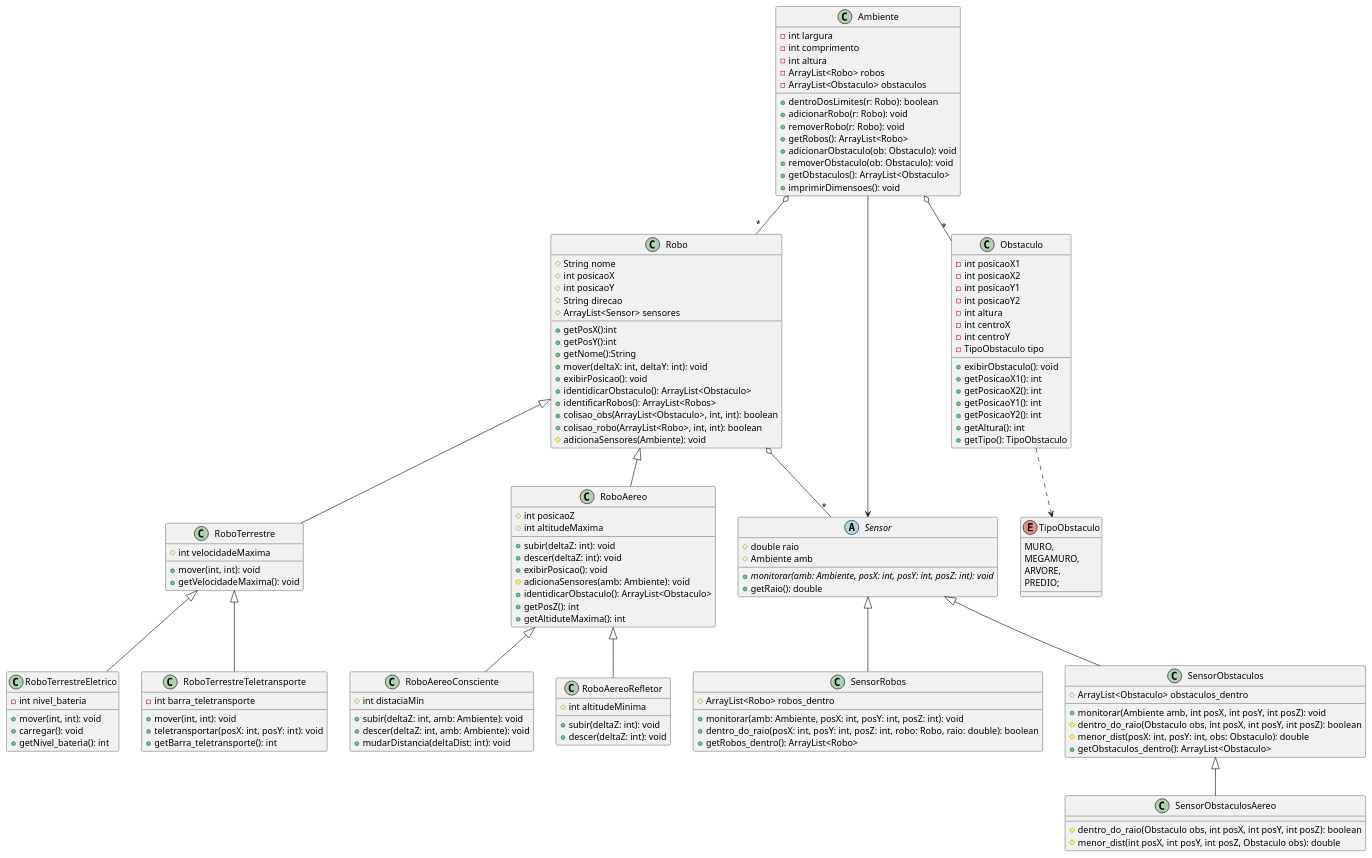
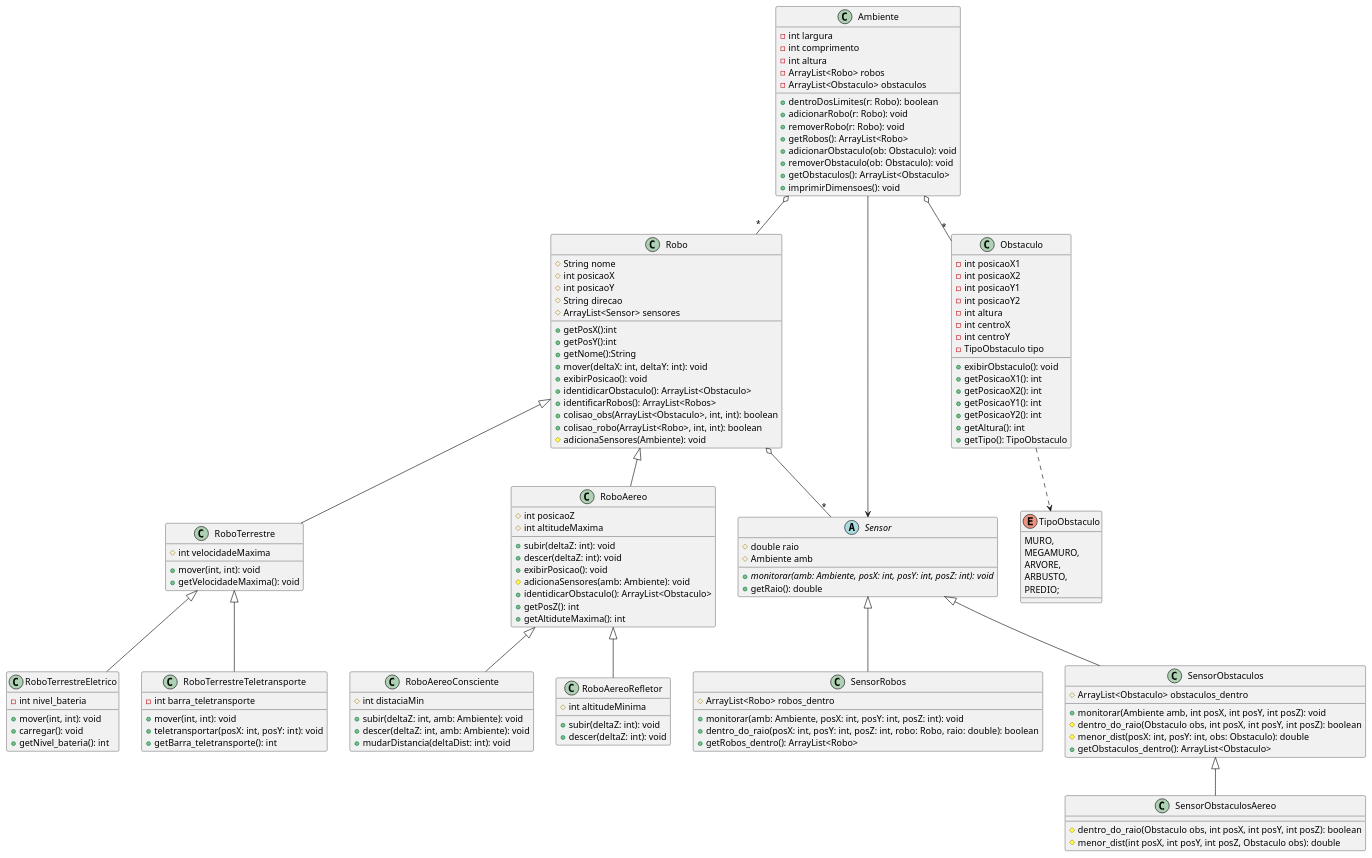
One commit to MSCII7/MC322 changed the diagram in teste.puml. Above: the diagram before and after it, drawn with PlantUML. The commit also changed 6 other files, not shown here.

```diff
--- a/teste.puml
+++ b/teste.puml
@@ -1,135 +1,136 @@
 @startuml
 class Robo {
   #String nome
   #int posicaoX
   #int posicaoY
   #String direcao
   #ArrayList<Sensor> sensores
   +getPosX():int
   +getPosY():int
   +getNome():String
   +mover(deltaX: int, deltaY: int): void
   +exibirPosicao(): void
   +identidicarObstaculo(): ArrayList<Obstaculo>  
   +identificarRobos(): ArrayList<Robos>
   +colisao_obs(ArrayList<Obstaculo>, int, int): boolean
   +colisao_robo(ArrayList<Robo>, int, int): boolean
   #adicionaSensores(Ambiente): void
 
 }
 class RoboTerrestre {
     #int velocidadeMaxima
     +mover(int, int): void
     +getVelocidadeMaxima(): void
 }
 class RoboTerrestreEletrico {
     -int nivel_bateria
     +mover(int, int): void
     +carregar(): void
     +getNivel_bateria(): int
 }
 class RoboTerrestreTeletransporte {
     -int barra_teletransporte
     +mover(int, int): void
     +teletransportar(posX: int, posY: int): void
     +getBarra_teletransporte(): int
 }
 class RoboAereo {
     #int posicaoZ
     #int altitudeMaxima
     +subir(deltaZ: int): void
     +descer(deltaZ: int): void
     +exibirPosicao(): void
     #adicionaSensores(amb: Ambiente): void
     +identidicarObstaculo(): ArrayList<Obstaculo>
     +getPosZ(): int
     +getAltiduteMaxima(): int
 }
 class RoboAereoConsciente {
     #int distaciaMin
     +subir(deltaZ: int, amb: Ambiente): void
     +descer(deltaZ: int, amb: Ambiente): void
     +mudarDistancia(deltaDist: int): void
 }
 class RoboAereoRefletor {
     #int altitudeMinima
     +subir(deltaZ: int): void
     +descer(deltaZ: int): void
 }
 abstract class Sensor {
     #double raio
     #Ambiente amb
     +{abstract} monitorar(amb: Ambiente, posX: int, posY: int, posZ: int): void
     +getRaio(): double
 }
 class SensorRobos {
     #ArrayList<Robo> robos_dentro
     +monitorar(amb: Ambiente, posX: int, posY: int, posZ: int): void
     +dentro_do_raio(posX: int, posY: int, posZ: int, robo: Robo, raio: double): boolean
     +getRobos_dentro(): ArrayList<Robo>
 }
 class SensorObstaculos {
     #ArrayList<Obstaculo> obstaculos_dentro
     +monitorar(Ambiente amb, int posX, int posY, int posZ): void
     #dentro_do_raio(Obstaculo obs, int posX, int posY, int posZ): boolean
     #menor_dist(posX: int, posY: int, obs: Obstaculo): double
     +getObstaculos_dentro(): ArrayList<Obstaculo>
 }
 class SensorObstaculosAereo {
     #dentro_do_raio(Obstaculo obs, int posX, int posY, int posZ): boolean
     #menor_dist(int posX, int posY, int posZ, Obstaculo obs): double
 }
 class Ambiente {
    -int largura
    -int comprimento
    -int altura
    -ArrayList<Robo> robos
    -ArrayList<Obstaculo> obstaculos
    +dentroDosLimites(r: Robo): boolean 
    +adicionarRobo(r: Robo): void
    +removerRobo(r: Robo): void
    +getRobos(): ArrayList<Robo>
    +adicionarObstaculo(ob: Obstaculo): void
    +removerObstaculo(ob: Obstaculo): void
    +getObstaculos(): ArrayList<Obstaculo>
    +imprimirDimensoes(): void
 }
 class Obstaculo {
     -int posicaoX1
     -int posicaoX2
     -int posicaoY1
     -int posicaoY2
     -int altura
     -int centroX
     -int centroY 
     -TipoObstaculo tipo
     +exibirObstaculo(): void
     +getPosicaoX1(): int
     +getPosicaoX2(): int
     +getPosicaoY1(): int
     +getPosicaoY2(): int
     +getAltura(): int
     +getTipo(): TipoObstaculo
 }
 enum TipoObstaculo {
     MURO,
     MEGAMURO,
     ARVORE,
+    ARBUSTO,
     PREDIO;
 }
 
 SensorObstaculos <|-- SensorObstaculosAereo
 Sensor <|-- SensorObstaculos
 Sensor <|-- SensorRobos
 Ambiente --> Sensor
 Ambiente o-- "*" Robo
 Ambiente o-- "*" Obstaculo
 Robo o-- "*" Sensor
 RoboAereo <|-- RoboAereoRefletor
 RoboAereo <|-- RoboAereoConsciente
 RoboTerrestre <|-- RoboTerrestreTeletransporte
 RoboTerrestre <|-- RoboTerrestreEletrico
 Robo <|-- RoboAereo
 Robo <|-- RoboTerrestre
 Obstaculo ..> TipoObstaculo
 @enduml
```
